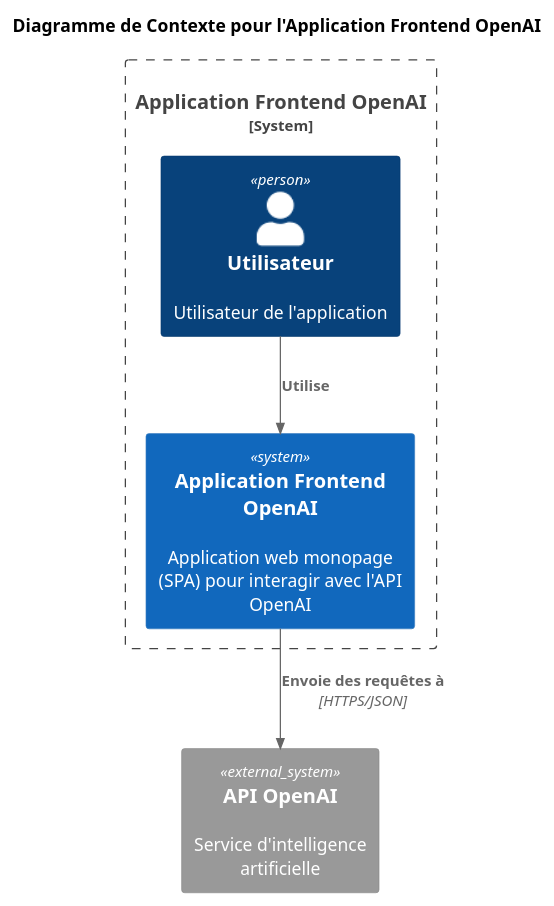
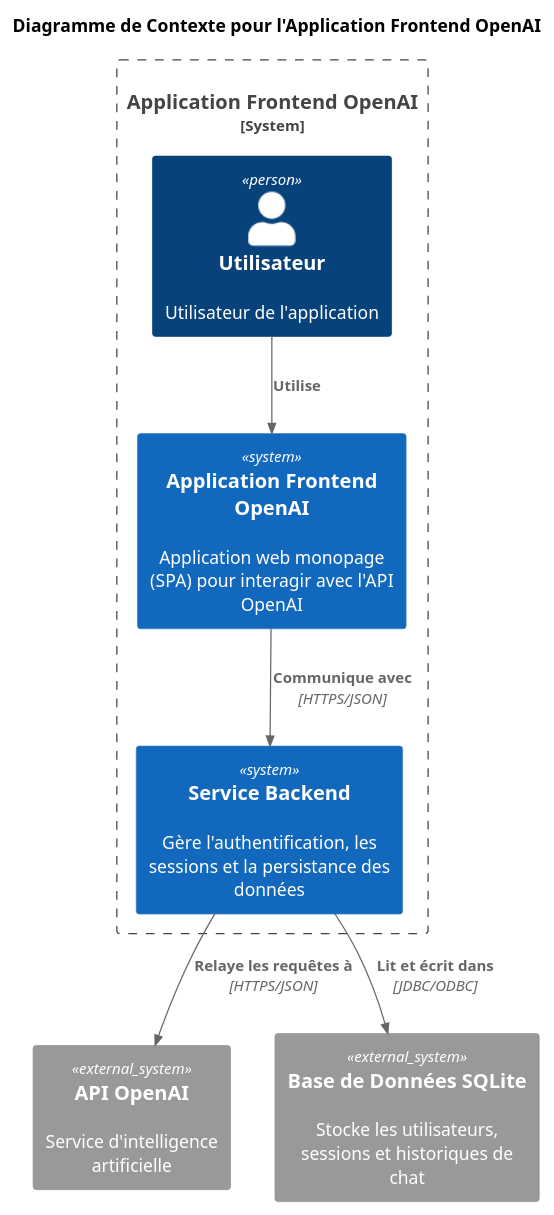
Before and after one commit to JeanPCordeiro/myAIChat: the diagram in architecture/diagrams/context.puml, drawn with PlantUML. The commit also changed 9 other files, not shown here.

Commit message:
gestion des users et sessions - conception

```diff
--- a/architecture/diagrams/context.puml
+++ b/architecture/diagrams/context.puml
@@ -1,16 +1,20 @@
 @startuml
 !include https://raw.githubusercontent.com/plantuml-stdlib/C4-PlantUML/master/C4_Context.puml
 
 title Diagramme de Contexte pour l'Application Frontend OpenAI
 
 System_Boundary(c0, "Application Frontend OpenAI") {
     Person(user, "Utilisateur", "Utilisateur de l'application")
     System(frontend_app, "Application Frontend OpenAI", "Application web monopage (SPA) pour interagir avec l'API OpenAI")
+    System(backend_service, "Service Backend", "Gère l'authentification, les sessions et la persistance des données")
 }
 
 System_Ext(openai_api, "API OpenAI", "Service d'intelligence artificielle")
+System_Ext(sqlite_db, "Base de Données SQLite", "Stocke les utilisateurs, sessions et historiques de chat")
 
 Rel(user, frontend_app, "Utilise")
-Rel(frontend_app, openai_api, "Envoie des requêtes à", "HTTPS/JSON")
+Rel(frontend_app, backend_service, "Communique avec", "HTTPS/JSON")
+Rel(backend_service, openai_api, "Relaye les requêtes à", "HTTPS/JSON")
+Rel(backend_service, sqlite_db, "Lit et écrit dans", "JDBC/ODBC")
 
 @enduml
```
